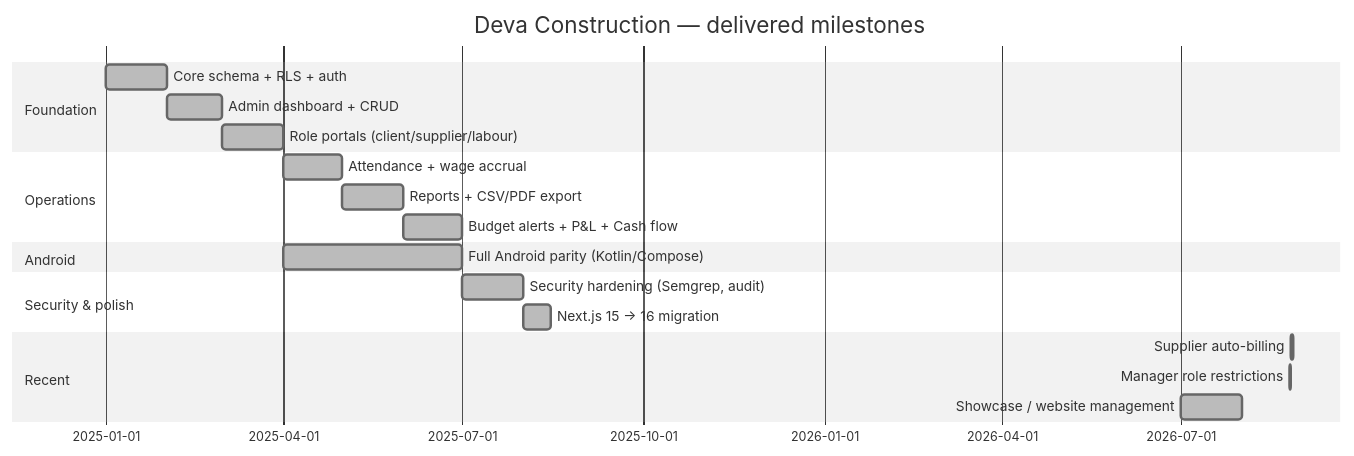
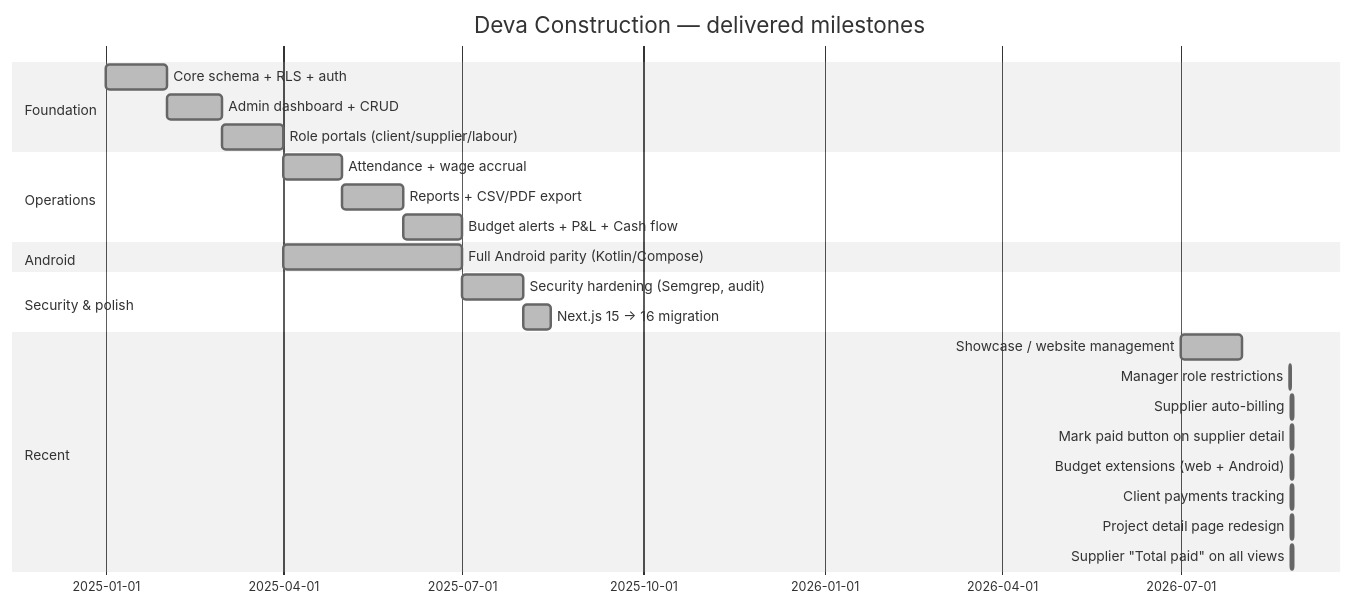
One commit to ChinmayKumarT/deva-construction changed the diagram in brain/roadmap.md. Above: the diagram before and after it, drawn with Mermaid (neutral theme). The commit also changed other lines of this file and 5 other files, not shown here.

````diff
--- a/brain/roadmap.md
+++ b/brain/roadmap.md
@@ -12,22 +12,27 @@
 ```mermaid
 gantt
     title Deva Construction — delivered milestones
     dateFormat YYYY-MM-DD
     section Foundation
     Core schema + RLS + auth              :done, 2025-01-01, 2025-02-01
     Admin dashboard + CRUD                :done, 2025-02-01, 2025-03-01
     Role portals (client/supplier/labour) :done, 2025-03-01, 2025-04-01
     section Operations
     Attendance + wage accrual             :done, 2025-04-01, 2025-05-01
     Reports + CSV/PDF export              :done, 2025-05-01, 2025-06-01
     Budget alerts + P&L + Cash flow       :done, 2025-06-01, 2025-07-01
     section Android
     Full Android parity (Kotlin/Compose)  :done, 2025-04-01, 2025-07-01
     section Security & polish
     Security hardening (Semgrep, audit)   :done, 2025-07-01, 2025-08-01
     Next.js 15 → 16 migration             :done, 2025-08-01, 2025-08-15
     section Recent
+    Showcase / website management         :done, 2026-07-01, 2026-08-01
+    Manager role restrictions             :done, 2026-08-25, 1d
     Supplier auto-billing                 :done, 2026-08-26, 1d
-    Manager role restrictions             :done, 2026-08-25, 1d
-    Showcase / website management         :done, 2026-07-01, 2026-08-01
+    Mark paid button on supplier detail   :done, 2026-08-26, 1d
+    Budget extensions (web + Android)     :done, 2026-08-26, 1d
+    Client payments tracking              :done, 2026-08-26, 1d
+    Project detail page redesign          :done, 2026-08-26, 1d
+    Supplier "Total paid" on all views    :done, 2026-08-26, 1d
 ```
````
